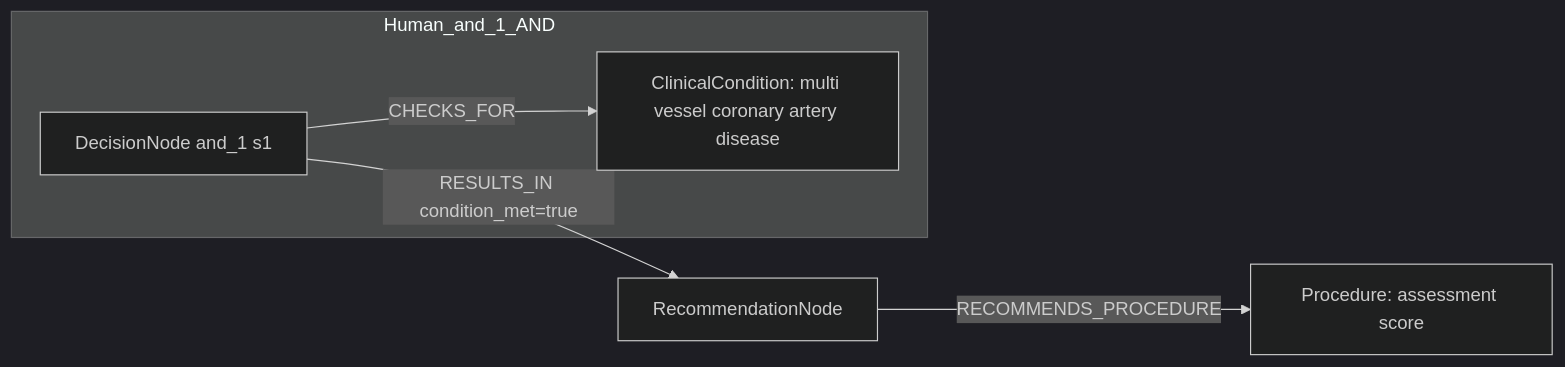
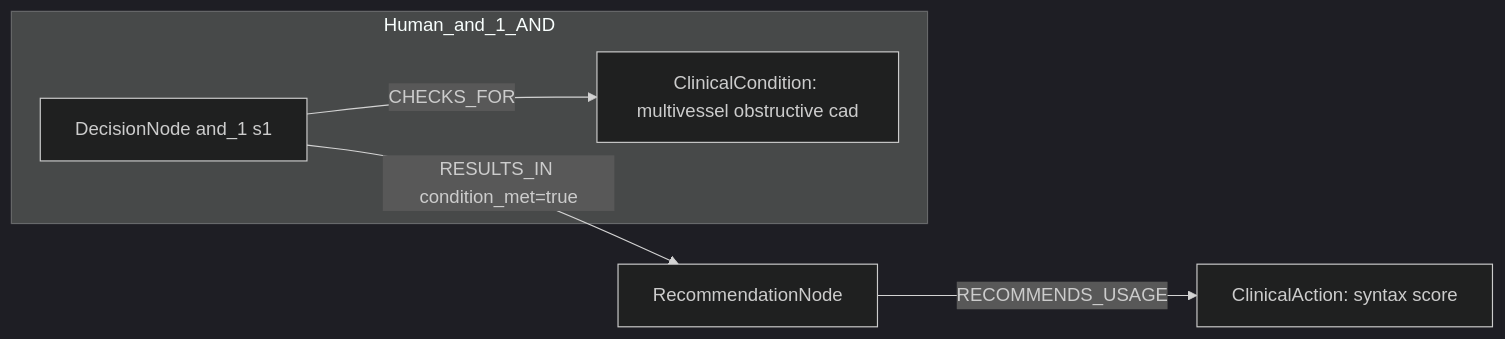
One commit to dieterich-lab/CardioGuidelinesGraph changed the first of 2 diagrams in docs/table22_rows_comparison/row_15.md. Above: the diagram before and after it, drawn with Mermaid (dark theme). The commit also changed other lines of this file and 20 other files, not shown here.

````diff
--- a/docs/table22_rows_comparison/row_15.md
+++ b/docs/table22_rows_comparison/row_15.md
@@ -332,12 +307,12 @@
 ```mermaid
 graph LR
   REC[RecommendationNode]
-  ACT1[Procedure: assessment score]
-  REC -->|RECOMMENDS_PROCEDURE| ACT1
+  ACT1[ClinicalAction: syntax score]
+  REC -->|RECOMMENDS_USAGE| ACT1
   subgraph Human_and_1_AND
     D_and_1_1[DecisionNode and_1 s1]
-    C_and_1_1[ClinicalCondition: multi vessel coronary artery disease]
+    C_and_1_1[ClinicalCondition: multivessel obstructive cad]
     D_and_1_1 -->|CHECKS_FOR| C_and_1_1
   end
   D_and_1_1 -->|RESULTS_IN condition_met=true| REC
 ```
````
